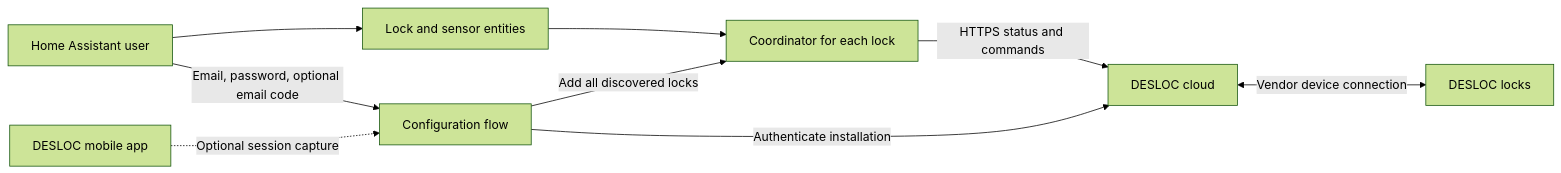
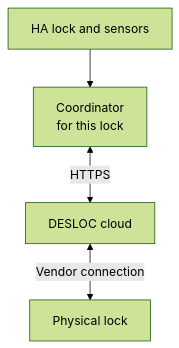
The second of 2 diagrams in README.md (ha-homelab/ha-desloc), drawn with Mermaid (forest theme) before and after one commit. The commit also changed other lines of this file and 8 other files, not shown here.

First line of the commit message:
docs: add screenshots, video walkthrough and readable diagrams (#8)

````diff
--- a/README.md
+++ b/README.md
@@ -52,11 +73,7 @@
 ```mermaid
-flowchart LR
-    User[Home Assistant user] --> Entities[Lock and sensor entities]
-    Entities --> Coordinator[Coordinator for each lock]
-    Coordinator -->|HTTPS status and commands| Cloud[DESLOC cloud]
-    Cloud <-->|Vendor device connection| Lock[DESLOC locks]
-    User -->|Email, password, optional email code| Setup[Configuration flow]
-    App[DESLOC mobile app] -.->|Optional session capture| Setup
-    Setup -->|Authenticate installation| Cloud
-    Setup -->|Add all discovered locks| Coordinator
+flowchart TB
+    Entities["HA lock and sensors"]
+    Entities --> Coordinator["Coordinator<br/>for this lock"]
+    Coordinator <-->|HTTPS| Cloud["DESLOC cloud"]
+    Cloud <-->|Vendor connection| Lock["Physical lock"]
 ```
````
